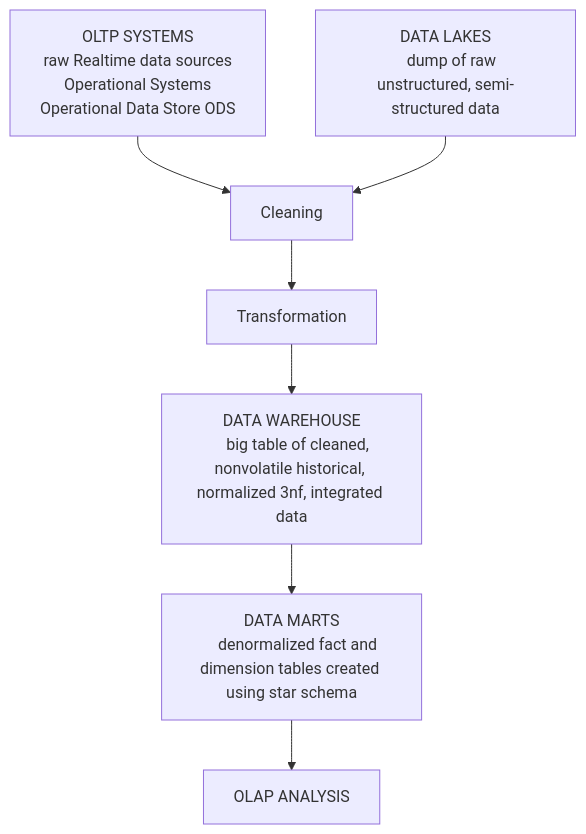
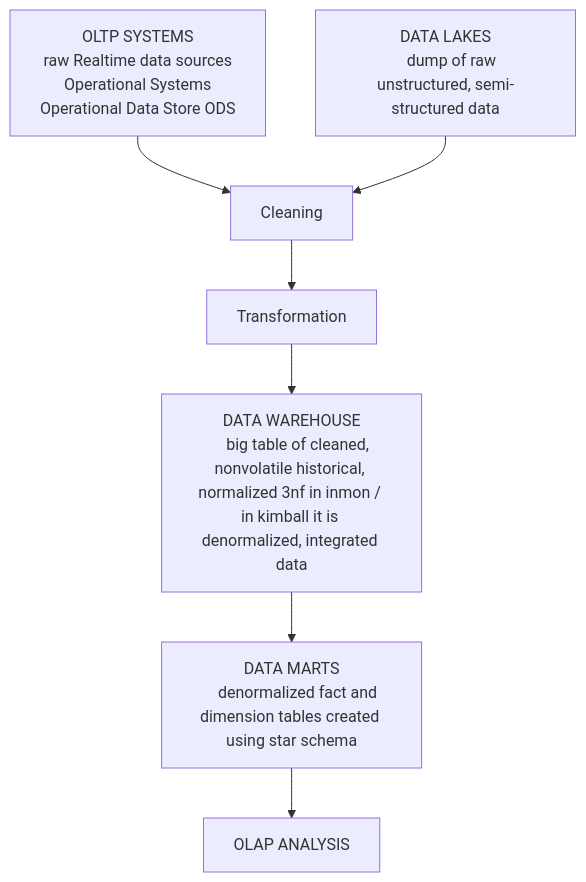
Before and after one commit to Prajjwal-Rimal/Database-and-SQL: the diagram in OLTP, OLAP, DSS, DW Approaches/Star Schema.md, drawn with Mermaid.

Commit message:
notes on kimball modelling, star schema, star schema flow, fact table, dim table

````diff
--- a/OLTP, OLAP, DSS, DW Approaches/Star Schema.md
+++ b/OLTP, OLAP, DSS, DW Approaches/Star Schema.md
@@ -14,16 +14,16 @@
 ```mermaid
 flowchart TD
     A[OLTP SYSTEMS
     raw Realtime data sources 
     Operational Systems 
     Operational Data Store ODS ] --> C
     B[ DATA LAKES
     dump of raw unstructured, semi-structured data] --> C
     C[Cleaning] -->
     D[Transformation] -->
     E[DATA WAREHOUSE
-    big table of cleaned, nonvolatile historical, normalized 3nf, integrated data] --> 
+    big table of cleaned, nonvolatile historical, normalized 3nf in inmon / in kimball it is denormalized, integrated data] --> 
     F[DATA MARTS
     denormalized fact and dimension tables created using star schema] --> 
     G[OLAP ANALYSIS]
 ```
````
